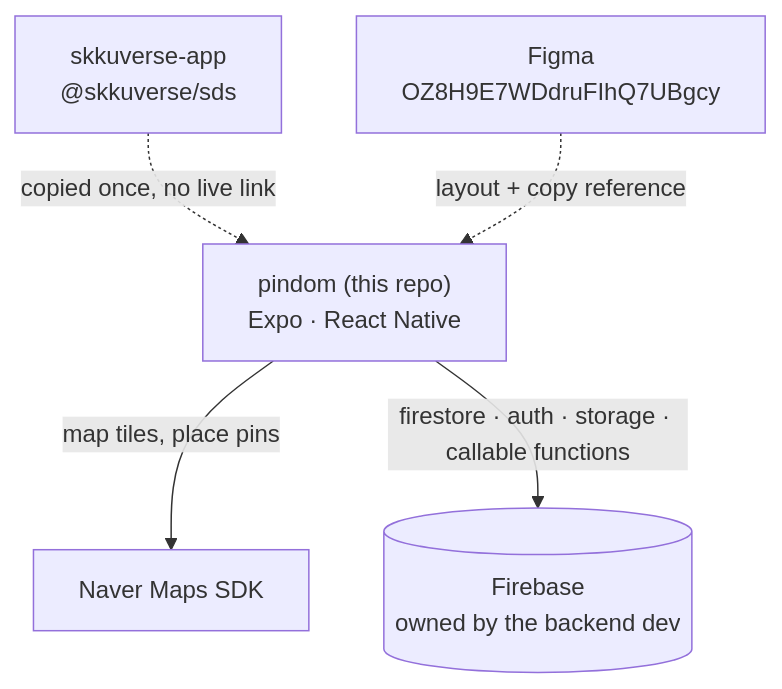
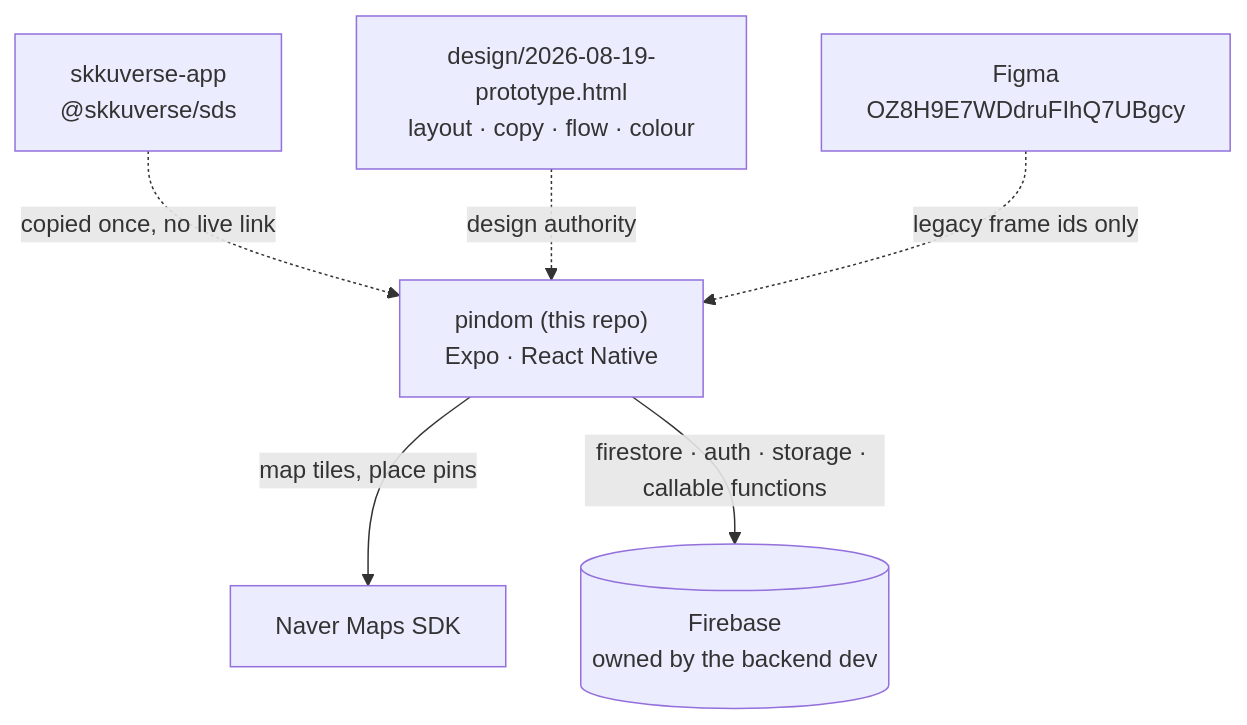
One commit to spencer0124/pindom changed the third of 3 diagrams in docs/explanation/architecture.md. Above: the diagram before and after it, drawn with Mermaid. The commit also changed other lines of this file and 33 other files, not shown here.

First line of the commit message:
feat: adopt the interactive prototype as the design source of truth

````diff
--- a/docs/explanation/architecture.md
+++ b/docs/explanation/architecture.md
@@ -152,13 +153,15 @@
 ```mermaid
 flowchart TB
   APP["pindom (this repo)<br/>Expo · React Native"]
+  PROTO["design/2026-08-19-prototype.html<br/>layout · copy · flow · colour"]
   FIG["Figma<br/>OZ8H9E7WDdruFIhQ7UBgcy"]
   NAVER["Naver Maps SDK"]
   SDS["skkuverse-app<br/>@skkuverse/sds"]
   BE[("Firebase<br/>owned by the backend dev")]
 
   SDS -.->|"copied once, no live link"| APP
-  FIG -.->|"layout + copy reference"| APP
+  PROTO -.->|"design authority"| APP
+  FIG -.->|"legacy frame ids only"| APP
   APP -->|"map tiles, place pins"| NAVER
   APP -->|"firestore · auth · storage · callable functions"| BE
 ```
````
